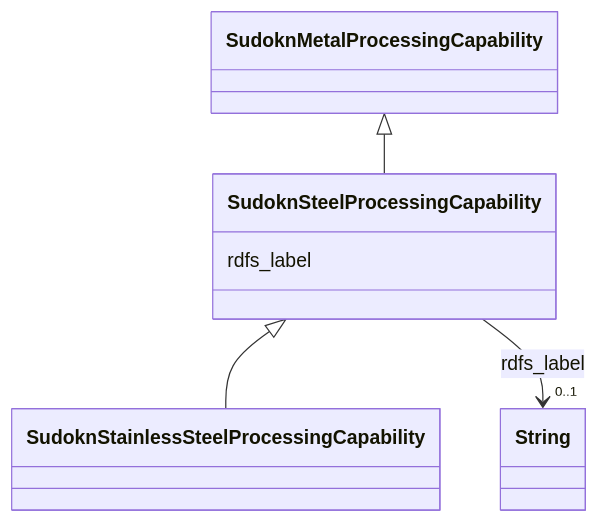
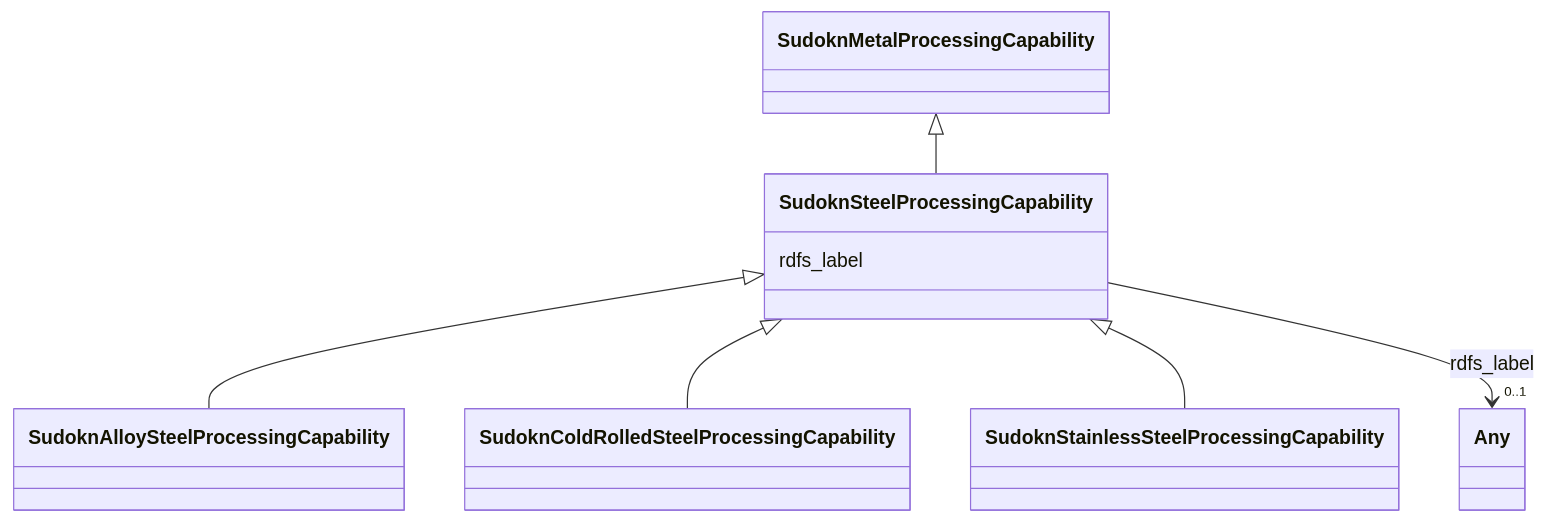
Before and after one commit to frink-okn/graph-descriptions: the diagram in sudokn-kg/classes/SudoknSteelProcessingCapability.md, drawn with Mermaid. The commit also changed other lines of this file and 903 other files, not shown here.

````diff
--- a/sudokn-kg/classes/SudoknSteelProcessingCapability.md
+++ b/sudokn-kg/classes/SudoknSteelProcessingCapability.md
@@ -23,23 +18,27 @@
 ```mermaid
  classDiagram
     class SudoknSteelProcessingCapability
     click SudoknSteelProcessingCapability href "../SudoknSteelProcessingCapability"
       SudoknMetalProcessingCapability <|-- SudoknSteelProcessingCapability
         click SudoknMetalProcessingCapability href "../SudoknMetalProcessingCapability"
       
 
+      SudoknSteelProcessingCapability <|-- SudoknAlloySteelProcessingCapability
+        click SudoknAlloySteelProcessingCapability href "../SudoknAlloySteelProcessingCapability"
+      SudoknSteelProcessingCapability <|-- SudoknColdRolledSteelProcessingCapability
+        click SudoknColdRolledSteelProcessingCapability href "../SudoknColdRolledSteelProcessingCapability"
       SudoknSteelProcessingCapability <|-- SudoknStainlessSteelProcessingCapability
         click SudoknStainlessSteelProcessingCapability href "../SudoknStainlessSteelProcessingCapability"
       
       
       SudoknSteelProcessingCapability : rdfs_label
         
           
     
     
-    SudoknSteelProcessingCapability --> "0..1" String : rdfs_label
-    click String href "../String"
+    SudoknSteelProcessingCapability --> "0..1" Any : rdfs_label
+    click Any href "../Any"
 
         
       
 ```
````
